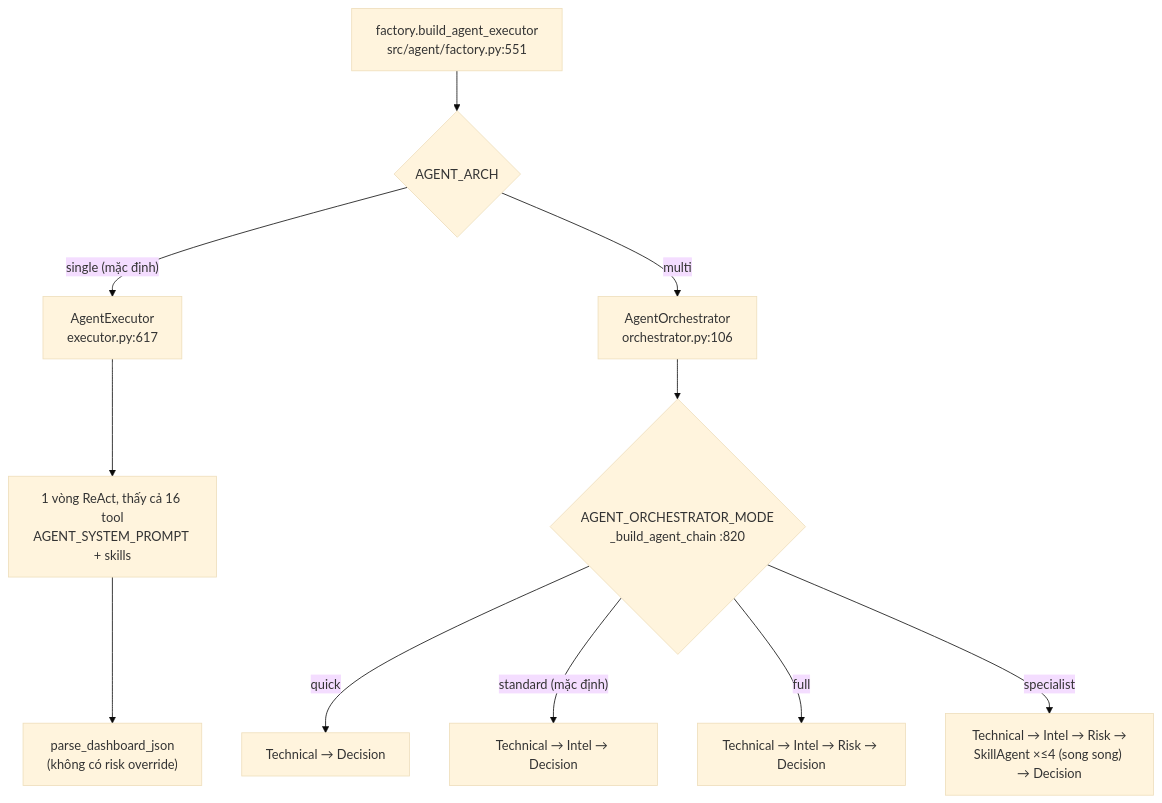
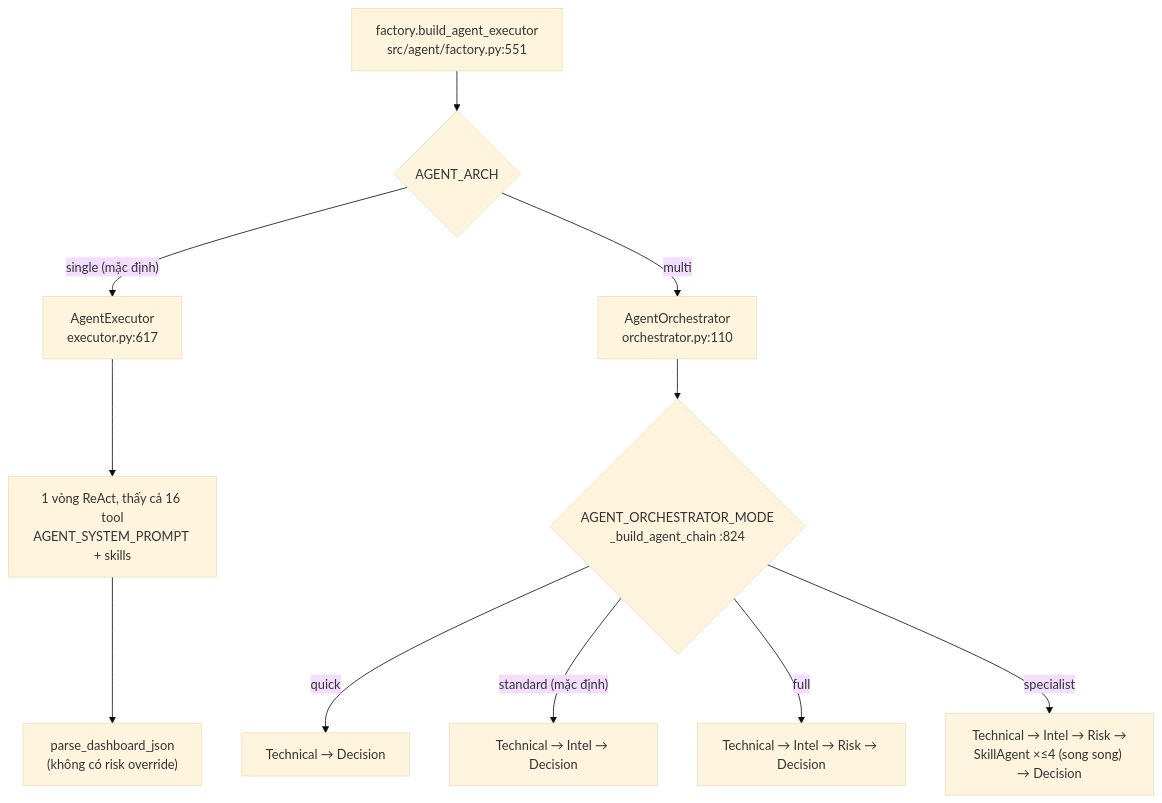
Before and after one commit to tranvuhung/daily_stock_analysis: the third of 7 diagrams in docs/agent-workflow.md, drawn with Mermaid (base theme). The commit also changed other lines of this file and 3 other files, not shown here.

````diff
--- a/docs/agent-workflow.md
+++ b/docs/agent-workflow.md
@@ -111,14 +111,14 @@
 ```mermaid
 flowchart TD
     F["factory.build_agent_executor<br/>src/agent/factory.py:551"] --> Q{"AGENT_ARCH"}
     Q -- "single (mặc định)" --> S1["AgentExecutor<br/>executor.py:617"]
     S1 --> S2["1 vòng ReAct, thấy cả 16 tool<br/>AGENT_SYSTEM_PROMPT + skills"]
     S2 --> S3["parse_dashboard_json<br/>(không có risk override)"]
 
-    Q -- "multi" --> O["AgentOrchestrator<br/>orchestrator.py:106"]
-    O --> P{"AGENT_ORCHESTRATOR_MODE<br/>_build_agent_chain :820"}
+    Q -- "multi" --> O["AgentOrchestrator<br/>orchestrator.py:110"]
+    O --> P{"AGENT_ORCHESTRATOR_MODE<br/>_build_agent_chain :824"}
     P -- quick --> C1["Technical → Decision"]
     P -- "standard (mặc định)" --> C2["Technical → Intel → Decision"]
     P -- full --> C3["Technical → Intel → Risk → Decision"]
     P -- specialist --> C4["Technical → Intel → Risk →<br/>SkillAgent ×≤4 (song song) → Decision"]
 ```
````
